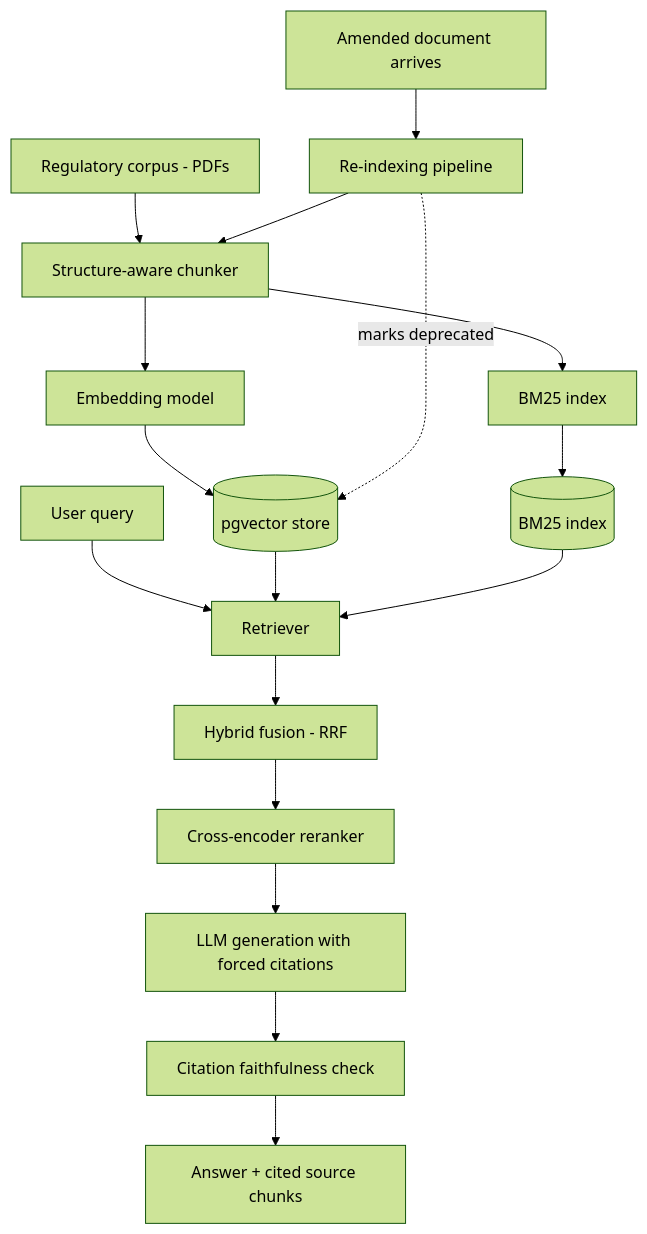
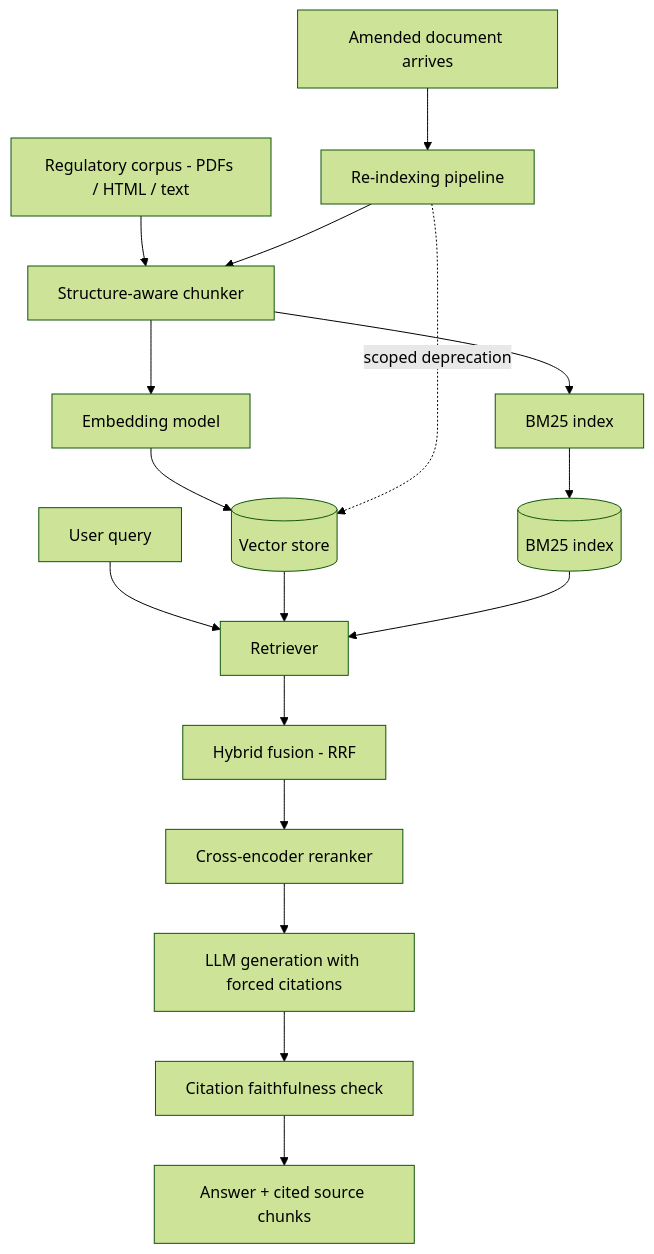
The first of 3 diagrams in Project-Details.md (Krypto-etox/Regulations-Tracking-RAG-System), drawn with Mermaid (forest theme) before and after one commit. The commit also changed other lines of this file and 75 other files, not shown here.

````diff
--- a/Project-Details.md
+++ b/Project-Details.md
@@ -41,19 +55,19 @@
 ```mermaid
 flowchart TD
-    A[Regulatory corpus - PDFs] --> B[Structure-aware chunker]
+    A[Regulatory corpus - PDFs / HTML / text] --> B[Structure-aware chunker]
     B --> C[Embedding model]
     B --> D[BM25 index]
-    C --> E[(pgvector store)]
+    C --> E[(Vector store)]
     D --> F[(BM25 index)]
     G[User query] --> H[Retriever]
     E --> H
     F --> H
     H --> I[Hybrid fusion - RRF]
     I --> J[Cross-encoder reranker]
     J --> K[LLM generation with forced citations]
     K --> L[Citation faithfulness check]
     L --> M[Answer + cited source chunks]
     N[Amended document arrives] --> O[Re-indexing pipeline]
     O --> B
-    O -.marks deprecated.-> E
+    O -.scoped deprecation.-> E
 ```
````
